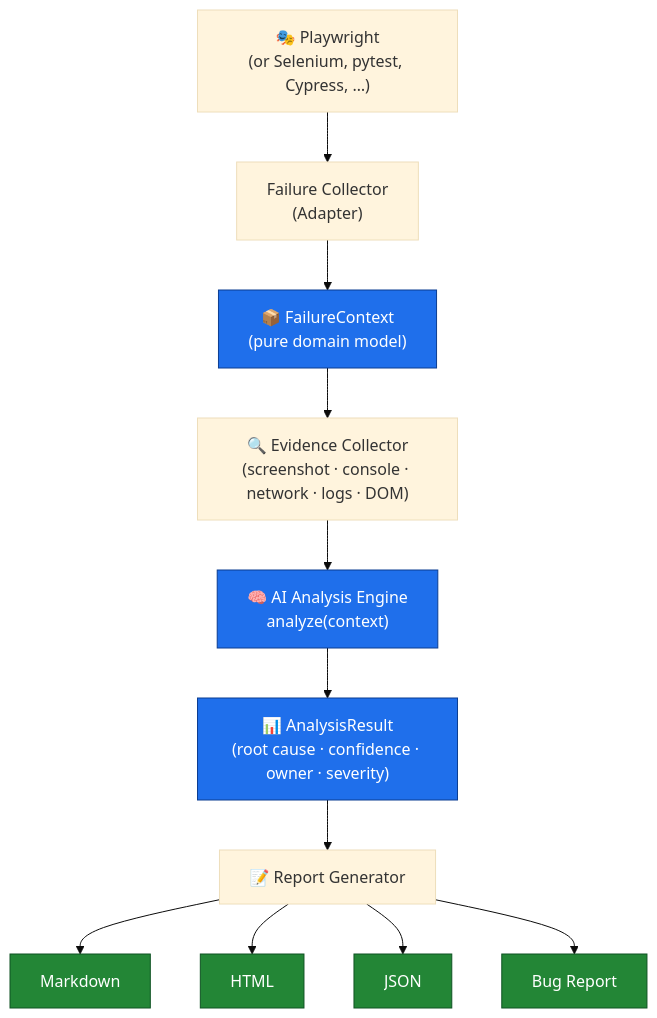
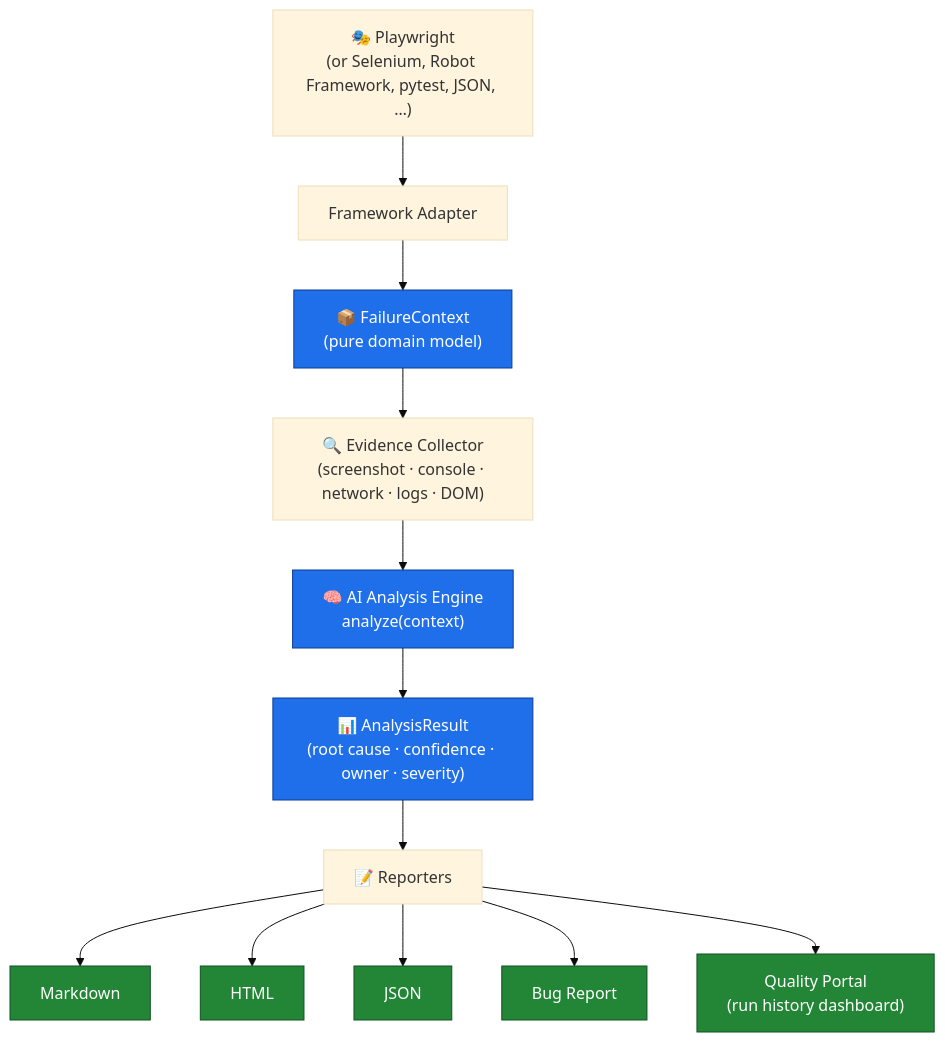
Before and after one commit to amandeepsdet/multi-framework-tc-failure-ai-analyzer: the diagram in README.md, drawn with Mermaid (base theme). The commit also changed other lines of this file and 70 other files, not shown here.

First line of the commit message:
Productize as framework-agnostic AI Failure Analysis SDK

````diff
--- a/README.md
+++ b/README.md
@@ -161,18 +180,19 @@
 ```mermaid
 flowchart TD
-    A["🎭 Playwright<br/>(or Selenium, pytest, Cypress, …)"] --> B["Failure Collector<br/>(Adapter)"]
+    A["🎭 Playwright<br/>(or Selenium, Robot Framework, pytest, JSON, …)"] --> B["Framework Adapter"]
     B --> C["📦 FailureContext<br/>(pure domain model)"]
     C --> D["🔍 Evidence Collector<br/>(screenshot · console · network · logs · DOM)"]
     D --> E["🧠 AI Analysis Engine<br/>analyze(context)"]
     E --> F["📊 AnalysisResult<br/>(root cause · confidence · owner · severity)"]
-    F --> G["📝 Report Generator"]
+    F --> G["📝 Reporters"]
     G --> H1["Markdown"]
     G --> H2["HTML"]
     G --> H3["JSON"]
     G --> H4["Bug Report"]
+    G --> H5["Quality Portal<br/>(run history dashboard)"]
 
     classDef core fill:#1f6feb,stroke:#0b3d91,color:#fff;
     classDef io fill:#238636,stroke:#0f5323,color:#fff;
     class C,E,F core;
-    class H1,H2,H3,H4 io;
+    class H1,H2,H3,H4,H5 io;
 ```
````
